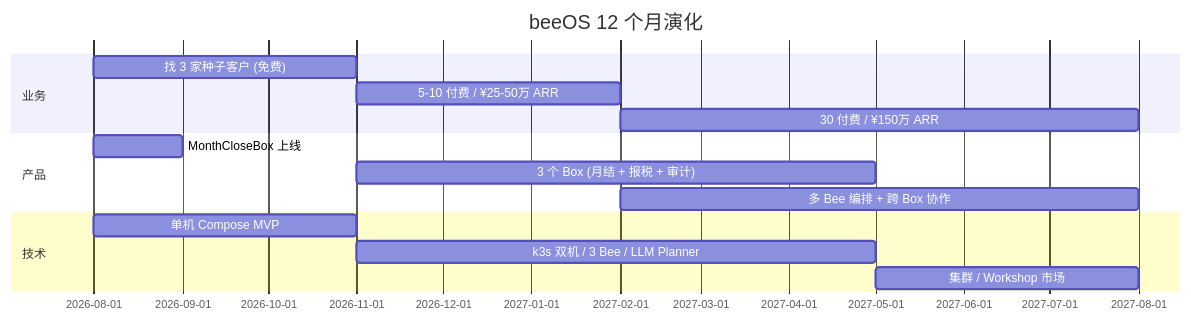
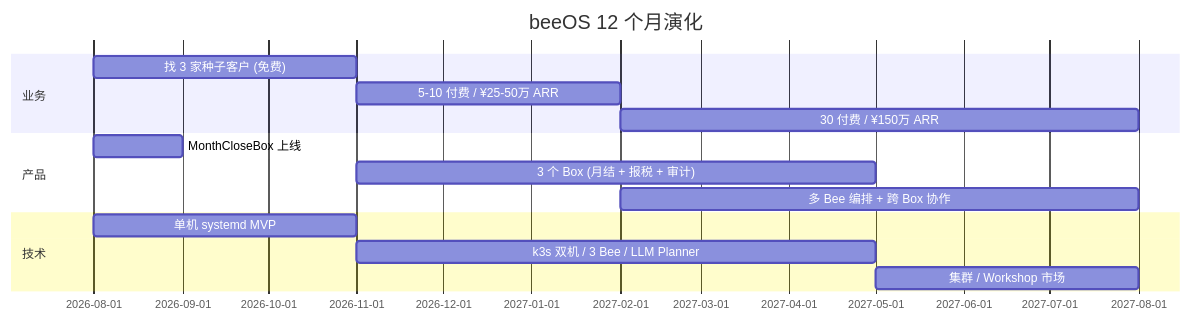
The seventh of 8 diagrams in docs/architecture/overview.md (chehuizi/beeOS), drawn with Mermaid before and after one commit. The commit also changed other lines of this file and 4 other files, not shown here.

````diff
--- a/docs/architecture/overview.md
+++ b/docs/architecture/overview.md
@@ -208,17 +208,17 @@
 ```mermaid
 gantt
     title beeOS 12 个月演化
     dateFormat  YYYY-MM
     section 业务
     找 3 家种子客户 (免费)    :m1, 2026-08, 3M
     5-10 付费 / ¥25-50万 ARR  :m2, 2026-11, 3M
     30 付费 / ¥150万 ARR     :m3, 2027-02, 6M
     section 产品
     MonthCloseBox 上线        :p1, 2026-08, 1M
     3 个 Box (月结 + 报税 + 审计) :p2, 2026-11, 6M
     多 Bee 编排 + 跨 Box 协作 :p3, 2027-02, 6M
     section 技术
-    单机 Compose MVP          :t1, 2026-08, 3M
+    单机 systemd MVP          :t1, 2026-08, 3M
     k3s 双机 / 3 Bee / LLM Planner :t2, 2026-11, 6M
     集群 / Workshop 市场      :t3, 2027-05, 3M
 ```
````
